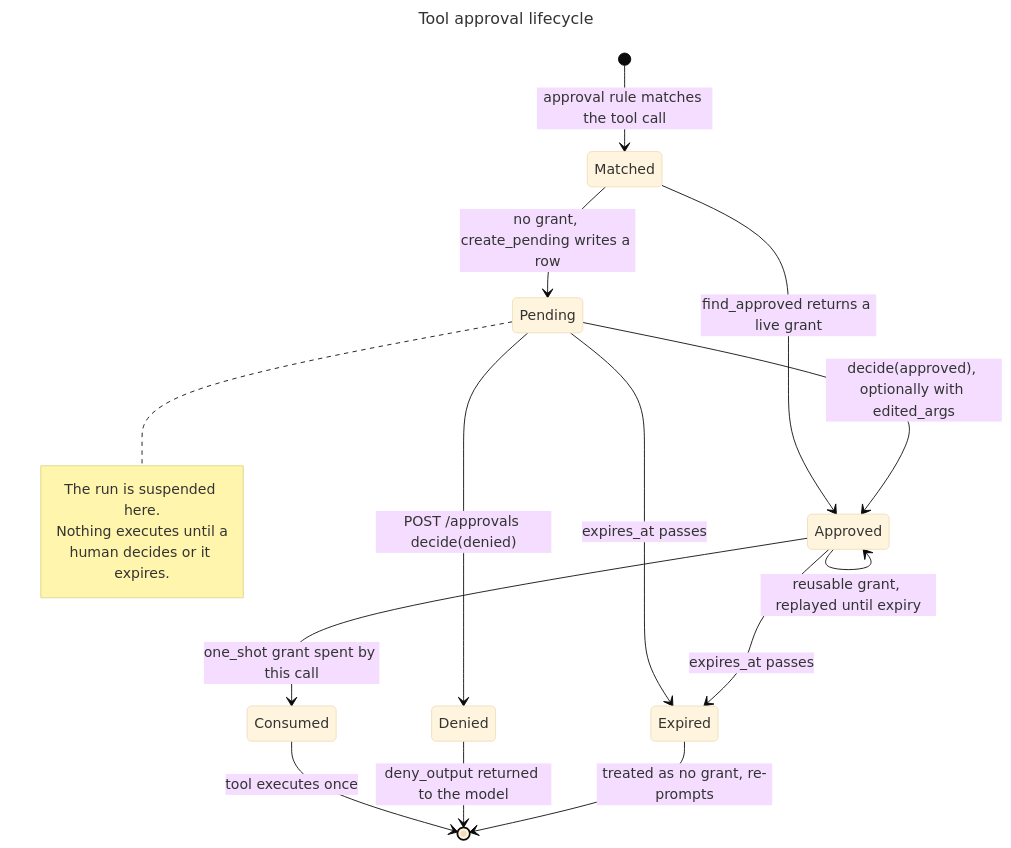
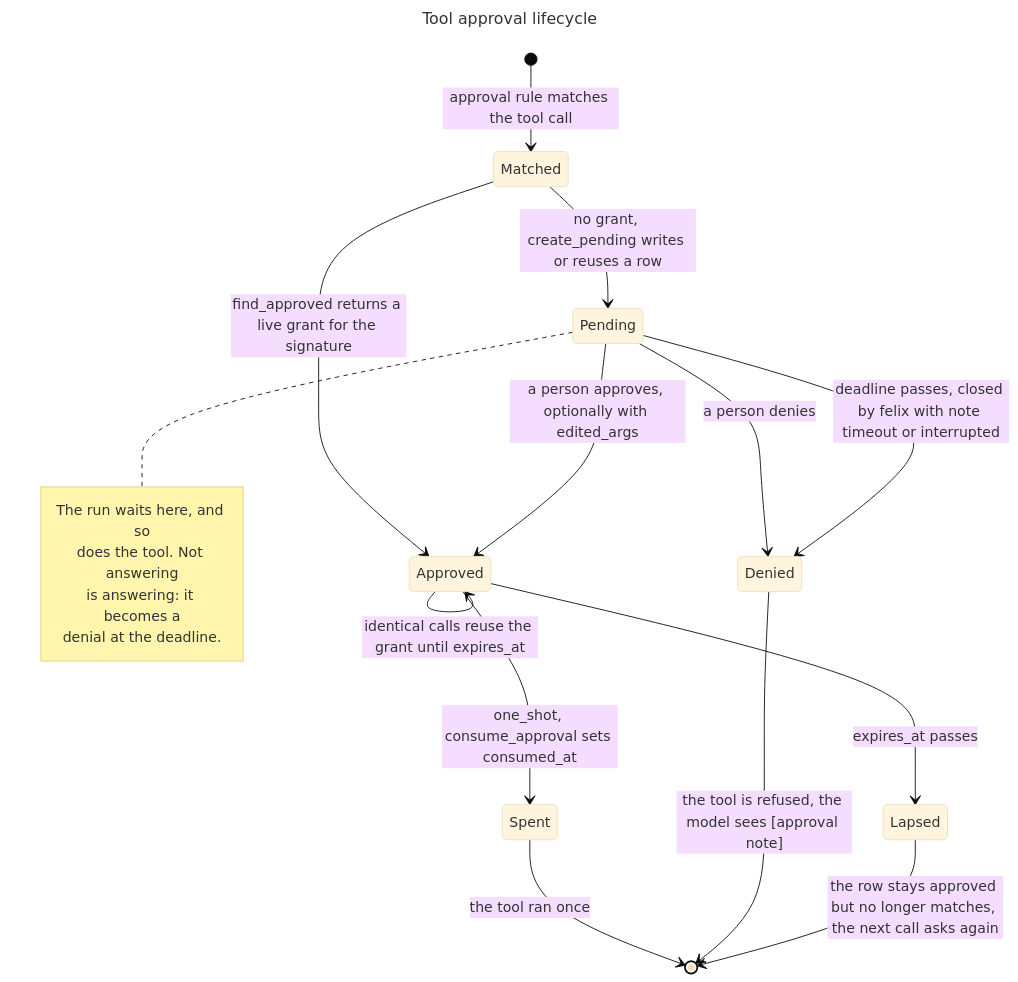
The diagram in docs/diagrams/approval-lifecycle.mmd (felix-run/felix), drawn with Mermaid (base theme) before and after one commit. The commit also changed 3 other files, not shown here.

First line of the commit message:
Correct three diagrams against the code

```diff
--- a/docs/diagrams/approval-lifecycle.mmd
+++ b/docs/diagrams/approval-lifecycle.mmd
@@ -1,30 +1,31 @@
 ---
 title: Tool approval lifecycle
 ---
-%% Source of truth: packages/harness/src/felix/approvals/store.py and
-%% approvals/interrupt.py; the wrapper is builder.py:apply_approvals.
+%% Source of truth: packages/harness/src/felix/approvals/store.py (find_approved, create_pending,
+%% decide, close_timed_out, close_interrupted, consume_approval) and approvals/interrupt.py.
 stateDiagram-v2
     accTitle: States a tool-call approval moves through
-    accDescr: When a manifest's approval rule matches a tool call, the wrapper looks for an existing approved grant for the same call signature before creating anything. A grant marked one_shot is searched with unconsumed_only, so it authorises exactly one call; without that flag one approval would authorise unlimited replays until it expired. Denied and expired are both terminal, and neither can become approved. Consuming a grant is a single conditional UPDATE, so two concurrent identical calls cannot both spend it. An approver may substitute the call's arguments when deciding, and the tool then runs with the edited ones.
+    accDescr: When a manifest's approval rule matches a tool call, the wrapper looks for an existing approved grant for the same call signature, a hash of its arguments, before creating anything; a grant marked one_shot is searched with unconsumed_only, so it authorises exactly one call. With no grant, create_pending writes a pending row, or reuses a live pending row for the same signature, and the run waits on it. A row is only ever pending, approved or denied. A person approves, optionally with edited arguments that the tool then runs with, or denies. Nobody answering is also a denial: when the deadline passes, the harness closes the row as denied with the note timeout, or interrupted when the run was cut short, and the model is told the call was refused. An approved grant is reused by identical calls until its expires_at, after which it stops matching and the next identical call asks again. Spending a one_shot grant is a single conditional UPDATE, so two concurrent identical calls cannot both spend it.
 
     [*] --> Matched : approval rule matches the tool call
-    Matched --> Approved : find_approved returns a live grant
-    Matched --> Pending : no grant, create_pending writes a row
+    Matched --> Approved : find_approved returns a live grant for the signature
+    Matched --> Pending : no grant, create_pending writes or reuses a row
 
-    Pending --> Approved : decide(approved), optionally with edited_args
-    Pending --> Denied : POST /approvals decide(denied)
-    Pending --> Expired : expires_at passes
+    Pending --> Approved : a person approves, optionally with edited_args
+    Pending --> Denied : a person denies
+    Pending --> Denied : deadline passes, closed by felix with note timeout or interrupted
 
-    Approved --> Consumed : one_shot grant spent by this call
-    Approved --> Approved : reusable grant, replayed until expiry
-    Approved --> Expired : expires_at passes
+    Approved --> Approved : identical calls reuse the grant until expires_at
+    Approved --> Spent : one_shot, consume_approval sets consumed_at
+    Approved --> Lapsed : expires_at passes
 
-    Consumed --> [*] : tool executes once
-    Denied --> [*] : deny_output returned to the model
-    Expired --> [*] : treated as no grant, re-prompts
+    Spent --> [*] : the tool ran once
+    Denied --> [*] : the tool is refused, the model sees [approval note]
+    Lapsed --> [*] : the row stays approved but no longer matches, the next call asks again
 
     note right of Pending
-        The run is suspended here.
-        Nothing executes until a
-        human decides or it expires.
+        The run waits here, and so
+        does the tool. Not answering
+        is answering: it becomes a
+        denial at the deadline.
     end note
```
